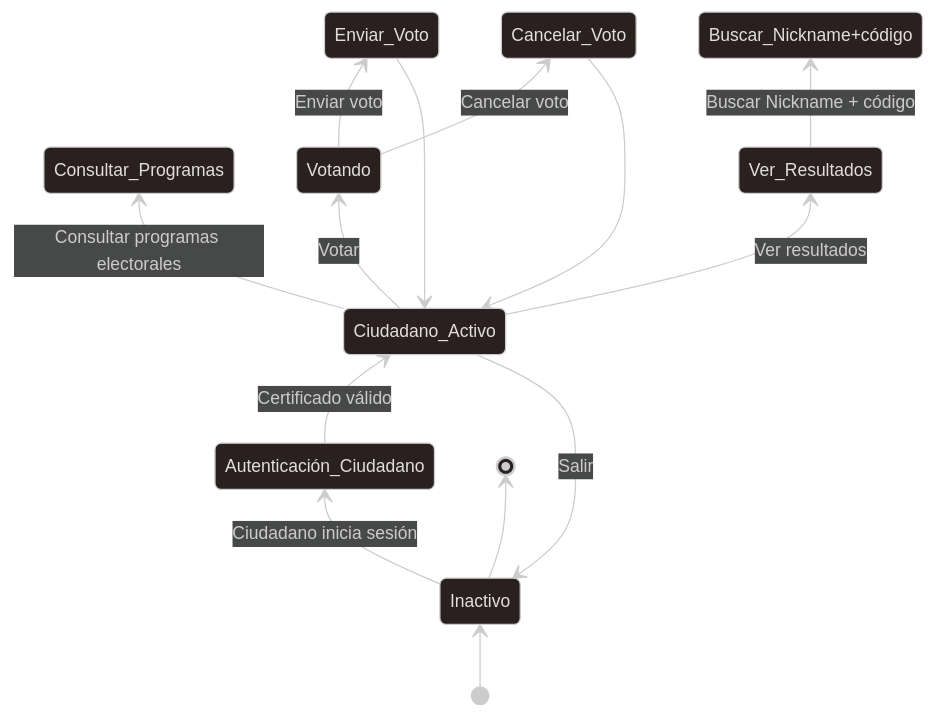
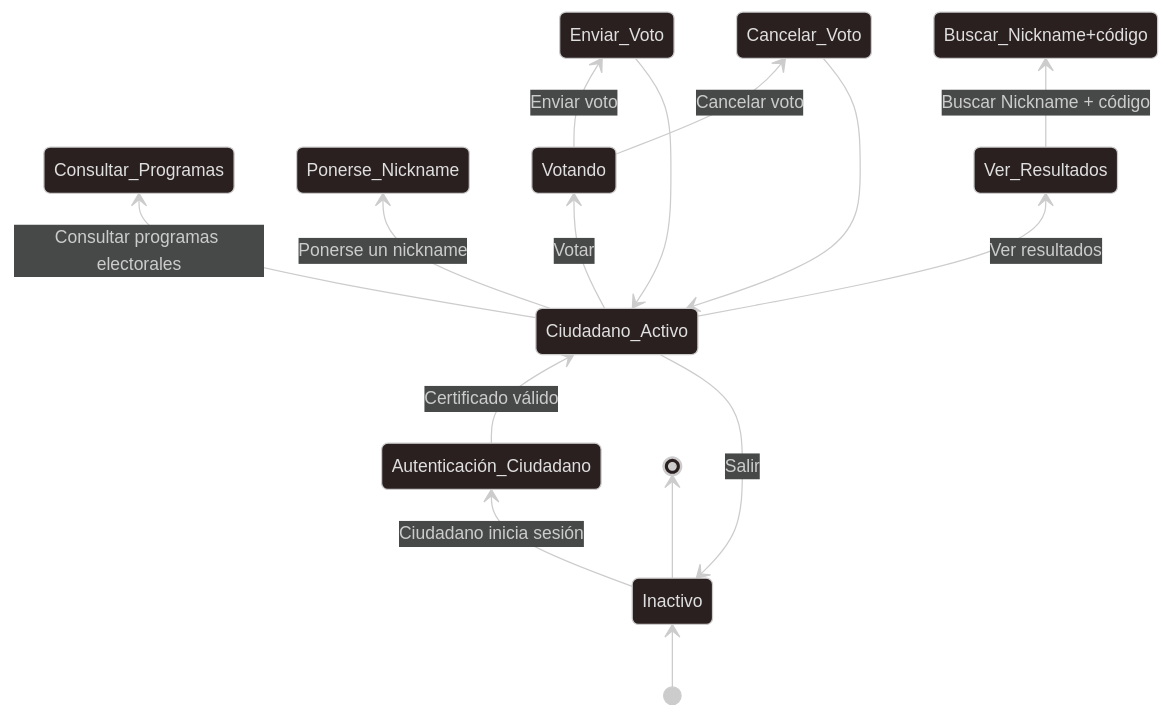
One commit to OnyxVariables/AGORA changed the second of 3 diagrams in docs/Diagrama_Estado.md. Above: the diagram before and after it, drawn with Mermaid. The commit also changed other lines of this file and 5 other files, not shown here.

````diff
--- a/docs/Diagrama_Estado.md
+++ b/docs/Diagrama_Estado.md
@@ -78,21 +80,22 @@
 ```mermaid
 ---
 config:
   theme: neo-dark
 ---
 stateDiagram
   direction BT
   [*] --> Inactivo
   Inactivo --> Autenticación_Ciudadano:Ciudadano inicia sesión
   Autenticación_Ciudadano --> Ciudadano_Activo:Certificado válido
   Ciudadano_Activo --> Consultar_Programas:Consultar programas electorales
+  Ciudadano_Activo --> Ponerse_Nickname:Ponerse un nickname
   Ciudadano_Activo --> Votando:Votar
   Votando --> Enviar_Voto:Enviar voto
   Votando --> Cancelar_Voto:Cancelar voto
   Enviar_Voto --> Ciudadano_Activo
   Cancelar_Voto --> Ciudadano_Activo
   Ciudadano_Activo --> Ver_Resultados:Ver resultados
   Ver_Resultados --> Buscar_Nickname+código:Buscar Nickname + código
   Ciudadano_Activo --> Inactivo:Salir
   Inactivo --> [*]
 ```
````
